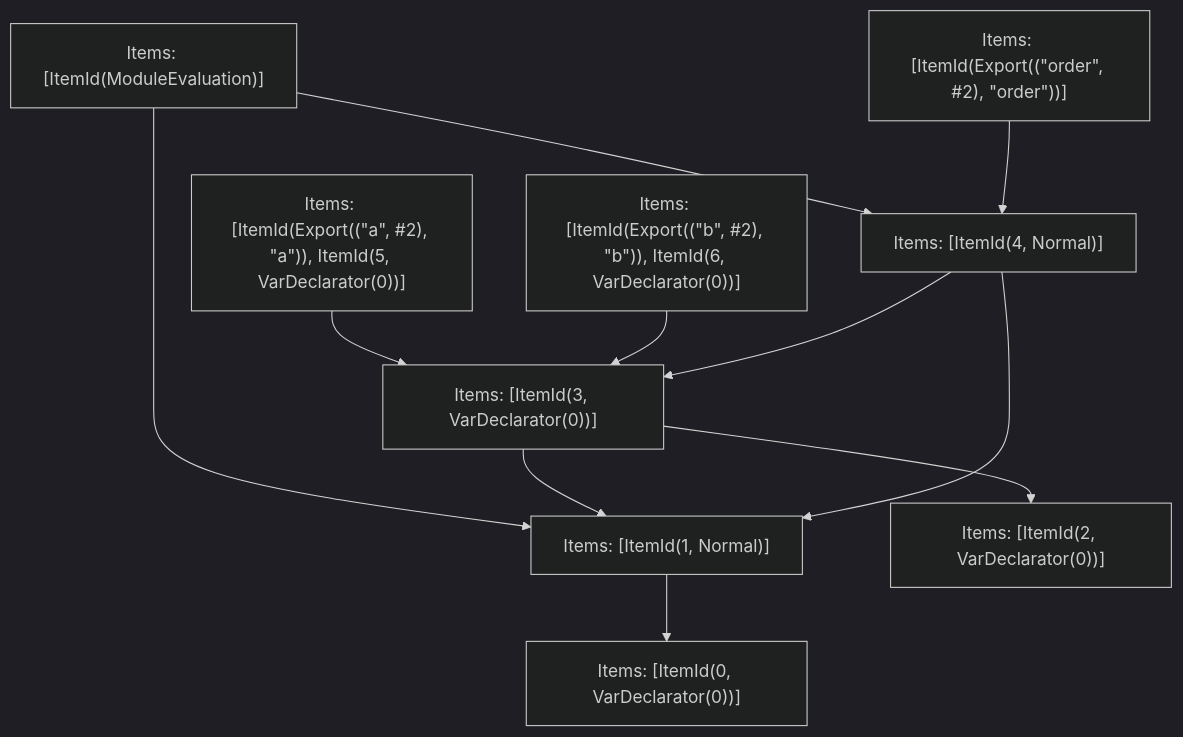
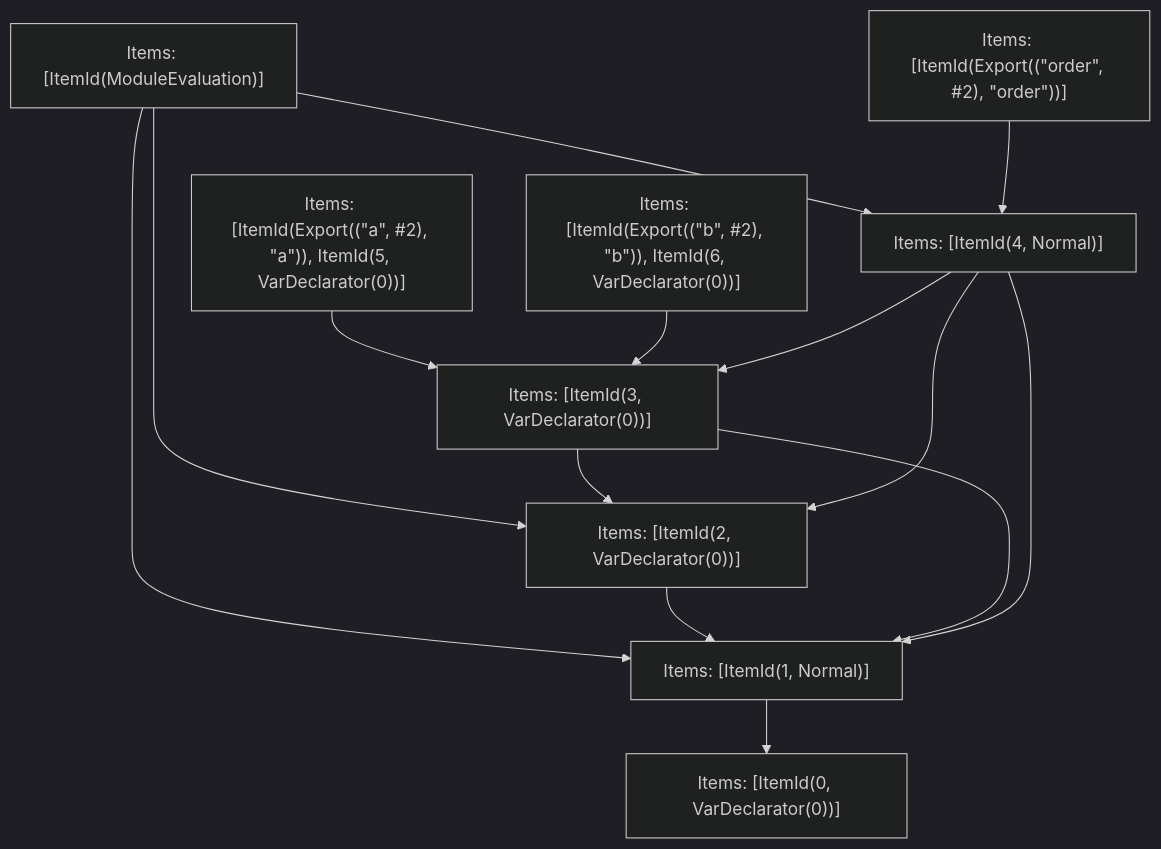
The fifth of 5 diagrams in crates/turbopack-ecmascript/tests/tree-shaker/analyzer/shared-2/output.md (vercel/turborepo), drawn with Mermaid (dark theme) before and after one commit. The commit also changed other lines of this file and 8 other files, not shown here.

````diff
--- a/crates/turbopack-ecmascript/tests/tree-shaker/analyzer/shared-2/output.md
+++ b/crates/turbopack-ecmascript/tests/tree-shaker/analyzer/shared-2/output.md
@@ -192,22 +200,25 @@
 ```mermaid
 graph TD
     N0["Items: [ItemId(ModuleEvaluation)]"];
     N1["Items: [ItemId(Export((&quot;order&quot;, #2), &quot;order&quot;))]"];
     N2["Items: [ItemId(Export((&quot;a&quot;, #2), &quot;a&quot;)), ItemId(5, VarDeclarator(0))]"];
     N3["Items: [ItemId(Export((&quot;b&quot;, #2), &quot;b&quot;)), ItemId(6, VarDeclarator(0))]"];
     N4["Items: [ItemId(0, VarDeclarator(0))]"];
     N5["Items: [ItemId(1, Normal)]"];
     N6["Items: [ItemId(2, VarDeclarator(0))]"];
     N7["Items: [ItemId(3, VarDeclarator(0))]"];
     N8["Items: [ItemId(4, Normal)]"];
     N0 --> N5;
+    N0 --> N6;
     N0 --> N8;
     N1 --> N8;
     N2 --> N7;
     N3 --> N7;
     N5 --> N4;
+    N6 --> N5;
     N7 --> N6;
     N7 --> N5;
     N8 --> N7;
     N8 --> N5;
+    N8 --> N6;
 ```
````
